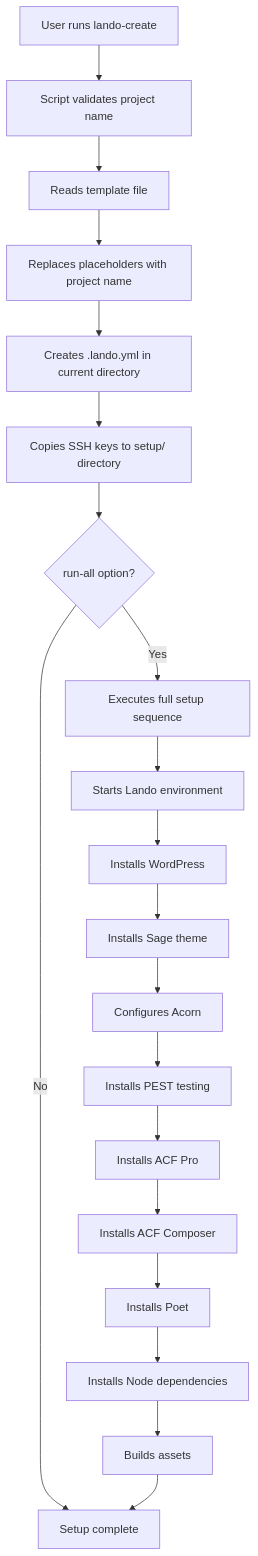
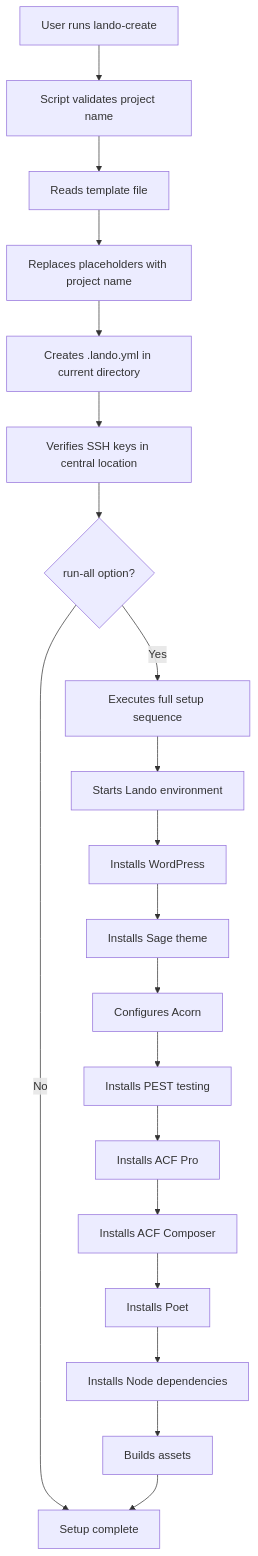
Before and after one commit to lajennylove/lando-generator: the diagram in README.md, drawn with Mermaid. The commit also changed other lines of this file and 2 other files, not shown here.

First line of the commit message:
refactor: improve SSH key management to eliminate duplication

````diff
--- a/README.md
+++ b/README.md
@@ -40,22 +40,22 @@
 ```mermaid
 graph TD
     A[User runs lando-create] --> B[Script validates project name]
     B --> C[Reads template file]
     C --> D[Replaces placeholders with project name]
     D --> E[Creates .lando.yml in current directory]
-    E --> F[Copies SSH keys to setup/ directory]
+    E --> F[Verifies SSH keys in central location]
     F --> G{run-all option?}
     G -->|Yes| H[Executes full setup sequence]
     G -->|No| I[Setup complete]
     H --> J[Starts Lando environment]
     J --> K[Installs WordPress]
     K --> L[Installs Sage theme]
     L --> M[Configures Acorn]
     M --> N[Installs PEST testing]
     N --> O[Installs ACF Pro]
     O --> P[Installs ACF Composer]
     P --> Q[Installs Poet]
     Q --> R[Installs Node dependencies]
     R --> S[Builds assets]
     S --> I
 ```
````
